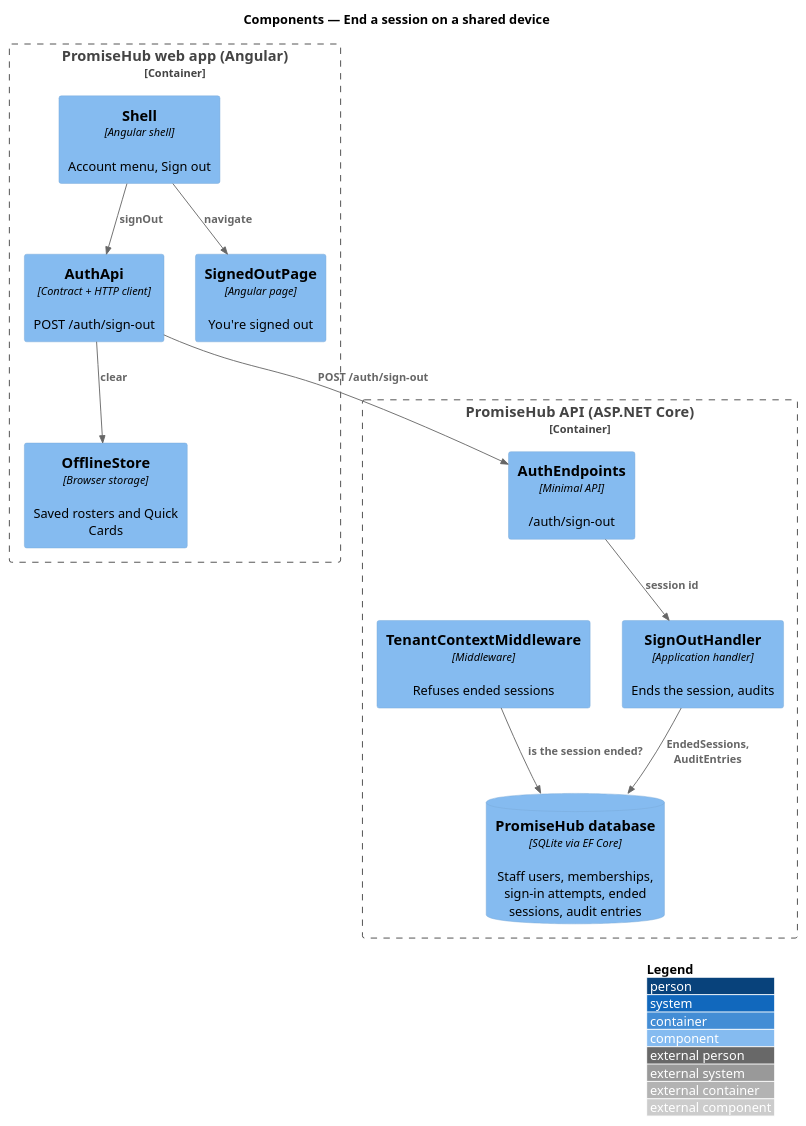
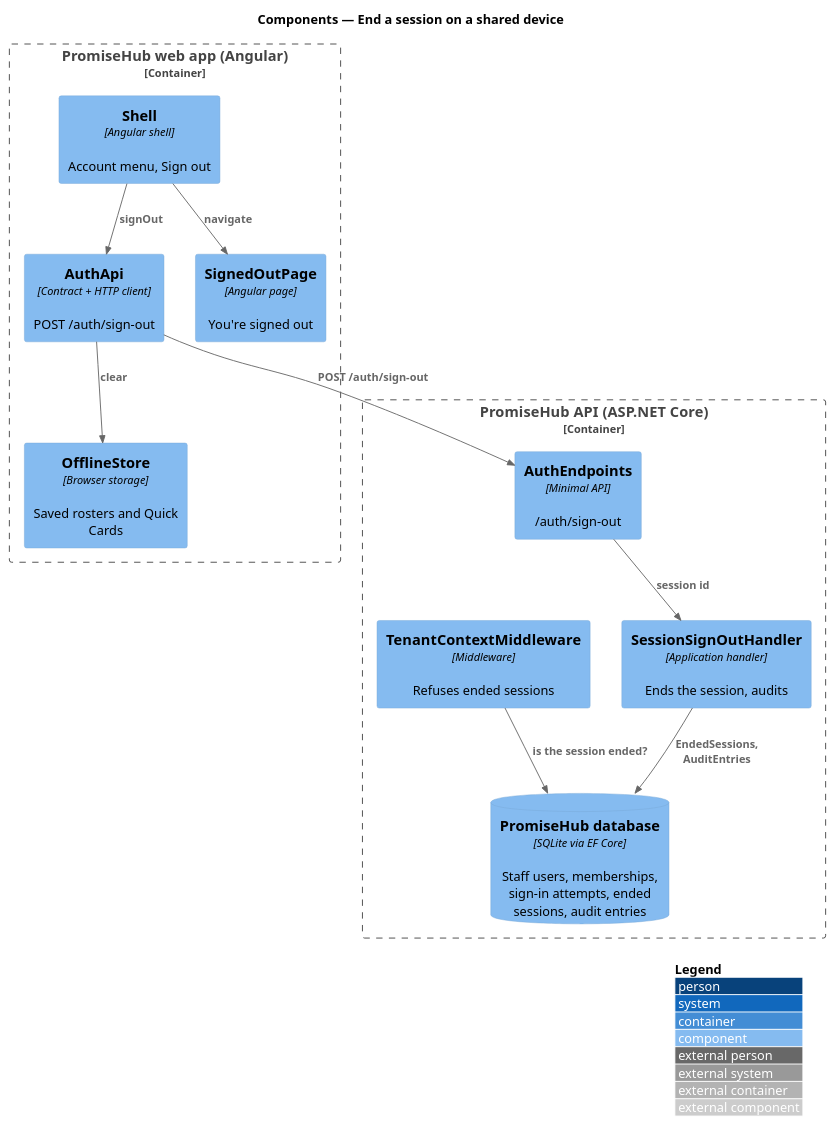
Before and after one commit to QuinntyneBrown/promise-hub: the diagram in docs/detailed-designs/identity/end-user-session/diagrams/c4-component.puml, drawn with PlantUML. The commit also changed 14 other files, not shown here.

```diff
--- a/docs/detailed-designs/identity/end-user-session/diagrams/c4-component.puml
+++ b/docs/detailed-designs/identity/end-user-session/diagrams/c4-component.puml
@@ -1,24 +1,24 @@
 @startuml
 !include <C4/C4_Component>
 LAYOUT_WITH_LEGEND()
 title Components — End a session on a shared device
 Container_Boundary(web, "PromiseHub web app (Angular)") {
   Component(shell, "Shell", "Angular shell", "Account menu, Sign out")
   Component(auth, "AuthApi", "Contract + HTTP client", "POST /auth/sign-out")
   Component(off, "OfflineStore", "Browser storage", "Saved rosters and Quick Cards")
   Component(done, "SignedOutPage", "Angular page", "You're signed out")
 }
 Container_Boundary(api, "PromiseHub API (ASP.NET Core)") {
   Component(ep, "AuthEndpoints", "Minimal API", "/auth/sign-out")
-  Component(h, "SignOutHandler", "Application handler", "Ends the session, audits")
+  Component(h, "SessionSignOutHandler", "Application handler", "Ends the session, audits")
   Component(mw, "TenantContextMiddleware", "Middleware", "Refuses ended sessions")
   ComponentDb(db, "PromiseHub database", "SQLite via EF Core", "Staff users, memberships, sign-in attempts, ended sessions, audit entries")
 }
 Rel(shell, auth, "signOut")
 Rel(auth, off, "clear")
 Rel(shell, done, "navigate")
 Rel(auth, ep, "POST /auth/sign-out")
 Rel(ep, h, "session id")
 Rel(h, db, "EndedSessions, AuditEntries")
 Rel(mw, db, "is the session ended?")
 @enduml
```
